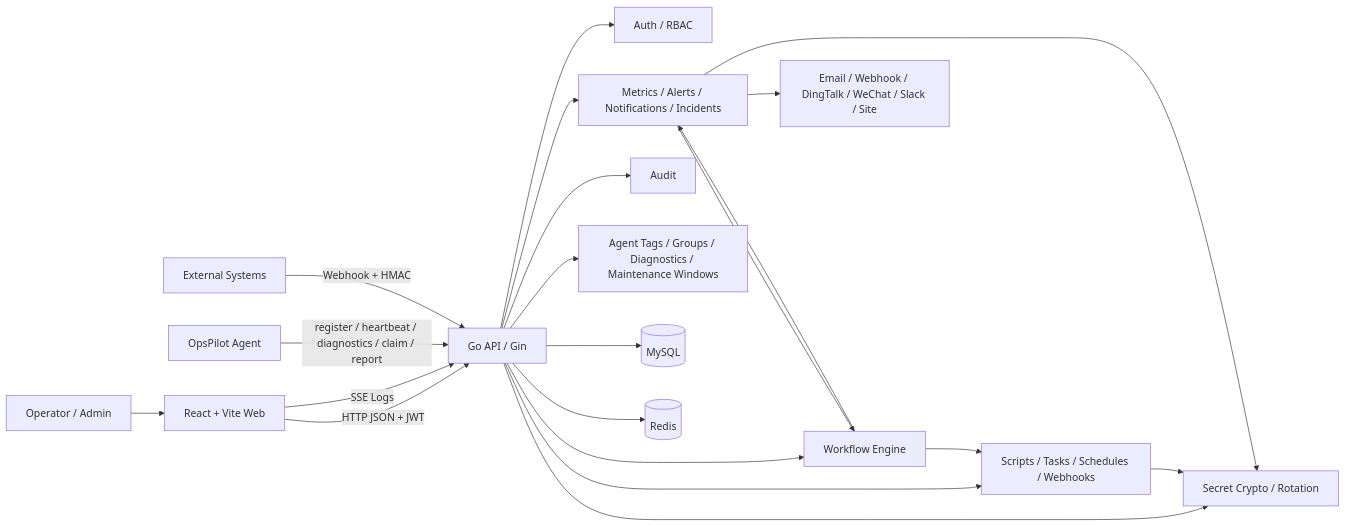
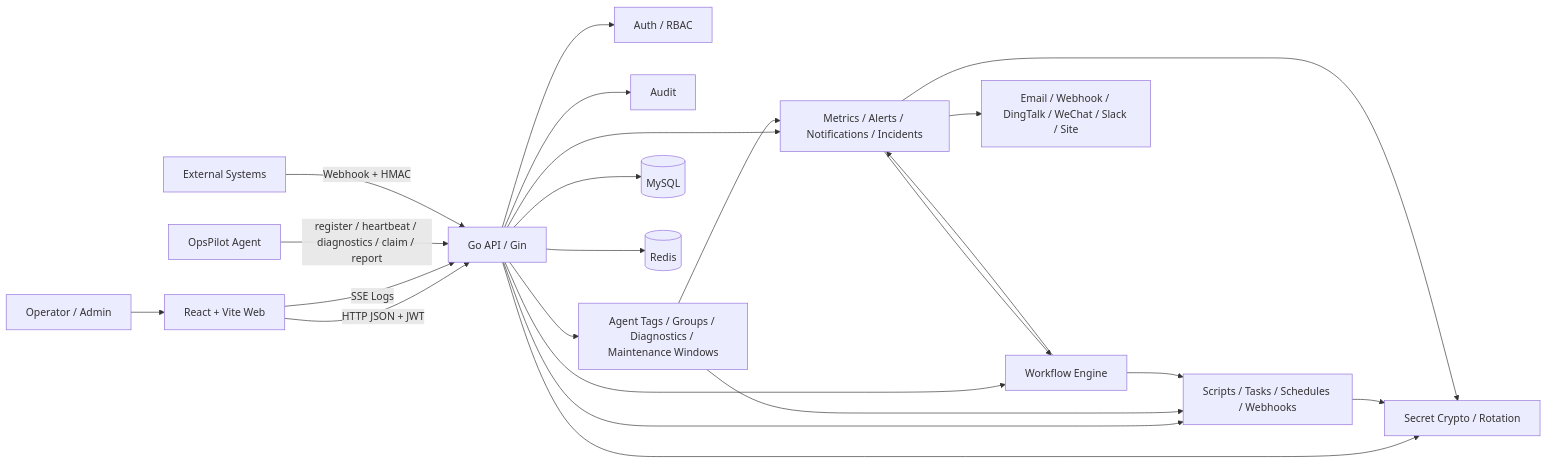
One commit to Zhenmeng8023/OpsPilot changed the first of 5 diagrams in docs/UML/core-uml-v1.0-update.en.md. Above: the diagram before and after it, drawn with Mermaid. The commit also changed other lines of this file and 6 other files, not shown here.

````diff
--- a/docs/UML/core-uml-v1.0-update.en.md
+++ b/docs/UML/core-uml-v1.0-update.en.md
@@ -39,27 +39,29 @@
 ```mermaid
 flowchart LR
   Admin["Operator / Admin"] --> Web["React + Vite Web"]
   Web -->|"HTTP JSON + JWT"| API["Go API / Gin"]
   Web -->|"SSE Logs"| API
 
   Agent["OpsPilot Agent"] -->|"register / heartbeat / diagnostics / claim / report"| API
   External["External Systems"] -->|"Webhook + HMAC"| API
 
   API --> Auth["Auth / RBAC"]
   API --> Ops["Scripts / Tasks / Schedules / Webhooks"]
   API --> Monitor["Metrics / Alerts / Notifications / Incidents"]
   API --> Flow["Workflow Engine"]
   API --> Secret["Secret Crypto / Rotation"]
   API --> Audit["Audit"]
   API --> Fleet["Agent Tags / Groups / Diagnostics / Maintenance Windows"]
+  Fleet --> Monitor
+  Fleet --> Ops
 
   Flow --> Ops
   Flow --> Monitor
   Monitor --> Flow
   Ops --> Secret
   Monitor --> Secret
 
   API --> MySQL[("MySQL")]
   API --> Redis[("Redis")]
   Monitor --> Channels["Email / Webhook / DingTalk / WeChat / Slack / Site"]
 ```
````
